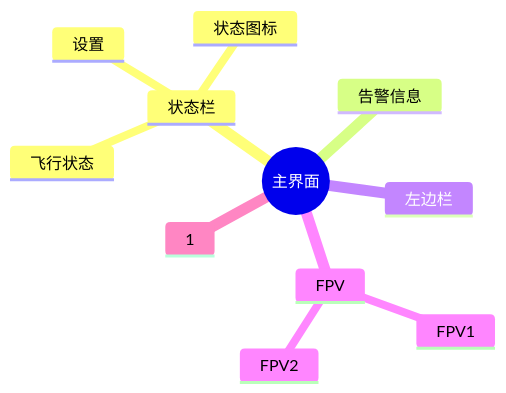
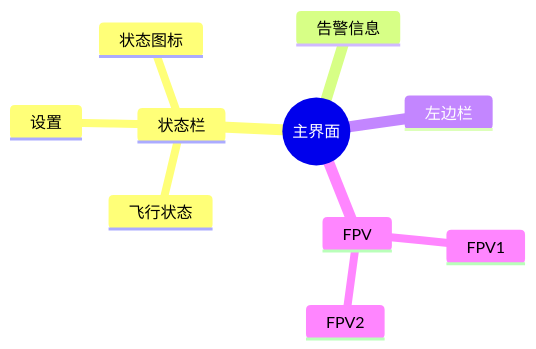
Before and after one commit to btONF/btonf.github.io: the diagram in src/site/notes/工作/植保app主界面架构设计.md, drawn with Mermaid. The commit also changed other lines of this file, not shown here.

````diff
--- a/src/site/notes/工作/植保app主界面架构设计.md
+++ b/src/site/notes/工作/植保app主界面架构设计.md
@@ -5,14 +10,14 @@
 ```mermaid
 mindmap
 	root((主界面))
 		状态栏
 			飞行状态
 			设置
 			状态图标
 		告警信息
 		左边栏
 		FPV
 			FPV1
 			FPV2
-		1
+		
 ```
````
